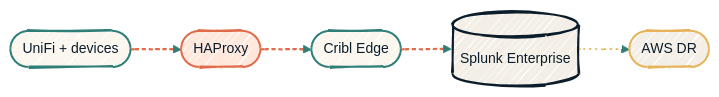
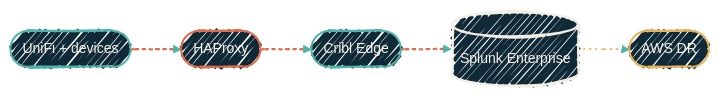
Before and after one commit to dryvist/docs: the second of 2 diagrams in about/homelab.mdx, drawn with Mermaid. The commit also changed other lines of this file and 11 other files, not shown here.

````diff
--- a/about/homelab.mdx
+++ b/about/homelab.mdx
@@ -57,24 +57,24 @@
 ```mermaid
-%%{init: {'theme':'base','look':'handDrawn','themeVariables':{'fontFamily':'Geist','fontSize':'14px','primaryColor':'#FBF7EE','primaryTextColor':'#0B1D2A','primaryBorderColor':'#2F7E78','lineColor':'#2F7E78','secondaryColor':'#F4EFE6','tertiaryColor':'#FFE7DC','clusterBkg':'rgba(47,126,120,0.06)','clusterBorder':'#2F7E78'}}}%%
+%%{init: {'theme':'base','look':'handDrawn','themeVariables':{'fontFamily':'Geist','fontSize':'14px','primaryColor':'#102937','primaryTextColor':'#F4EFE6','primaryBorderColor':'#4FB3A9','lineColor':'#4FB3A9','secondaryColor':'#0B1D2A','tertiaryColor':'#1A2A38','clusterBkg':'rgba(79,179,169,0.08)','clusterBorder':'#4FB3A9'}}}%%
 flowchart LR
   Src([UniFi + devices])
   HA([HAProxy])
   Edge([Cribl Edge])
   SP[(Splunk Enterprise)]
   AWS([AWS DR])
 
   Src --> HA --> Edge --> SP --> AWS
 
-  classDef src   fill:#FBF7EE,stroke:#2F7E78,stroke-width:2px,color:#0B1D2A;
-  classDef proxy fill:#FFE7DC,stroke:#E06B4A,stroke-width:2px,color:#0B1D2A;
-  classDef store fill:#F4EFE6,stroke:#0B1D2A,stroke-width:2px,color:#0B1D2A;
-  classDef dr    fill:#F4EFE6,stroke:#E6B35A,stroke-width:2px,color:#0B1D2A;
+  classDef src   fill:#102937,stroke:#4FB3A9,stroke-width:2px,color:#F4EFE6;
+  classDef proxy fill:#102937,stroke:#E06B4A,stroke-width:2px,color:#F4EFE6;
+  classDef store fill:#102937,stroke:#F4EFE6,stroke-width:2px,color:#F4EFE6;
+  classDef dr    fill:#102937,stroke:#E6B35A,stroke-width:2px,color:#F4EFE6;
 
   class Src,Edge src
   class HA proxy
   class SP store
   class AWS dr
 
   linkStyle 0,1,2 stroke:#E06B4A,stroke-width:2px,stroke-dasharray:4 3;
   linkStyle 3 stroke:#E6B35A,stroke-width:1.5px,stroke-dasharray:2 4;
 ```
````
